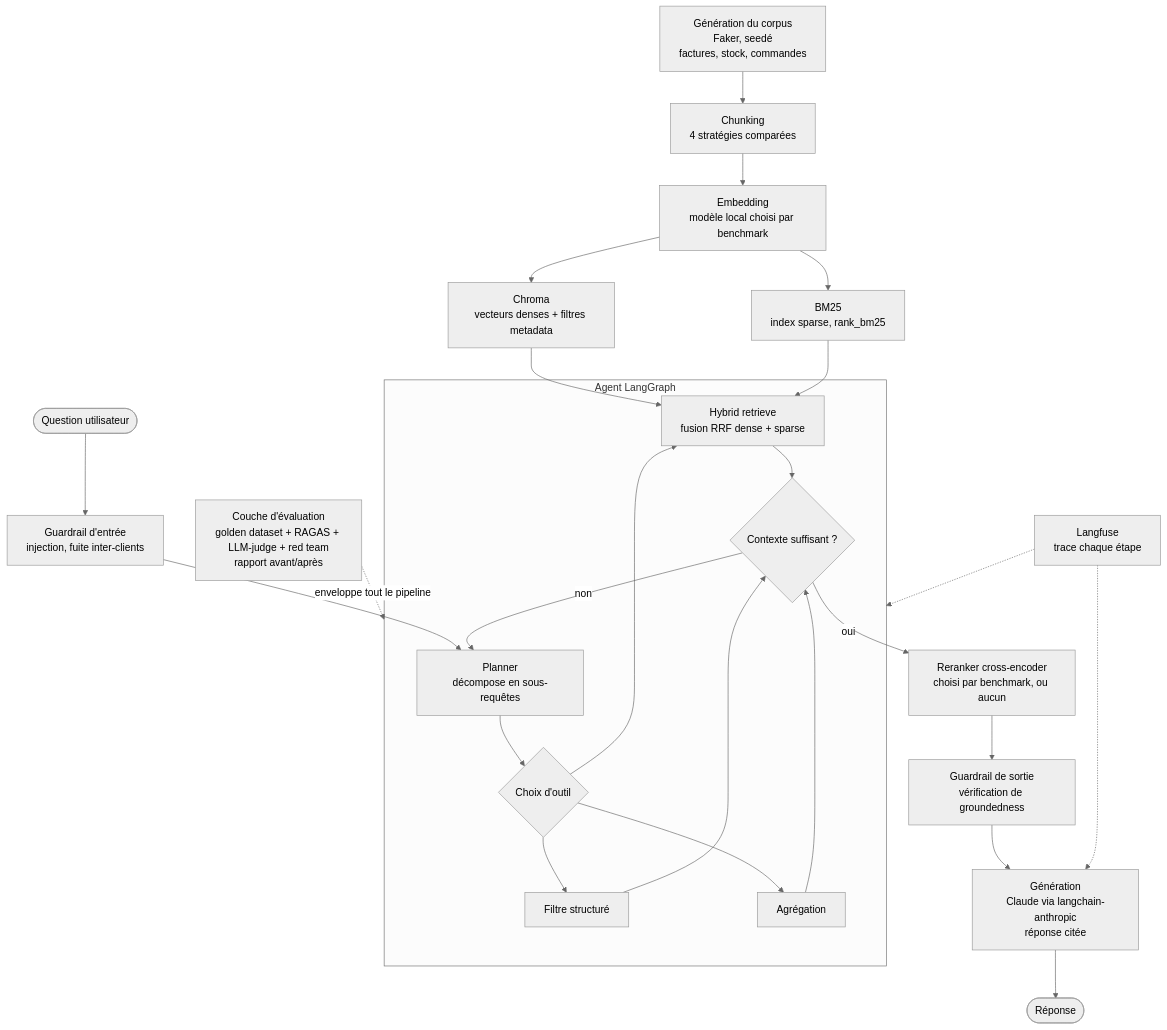
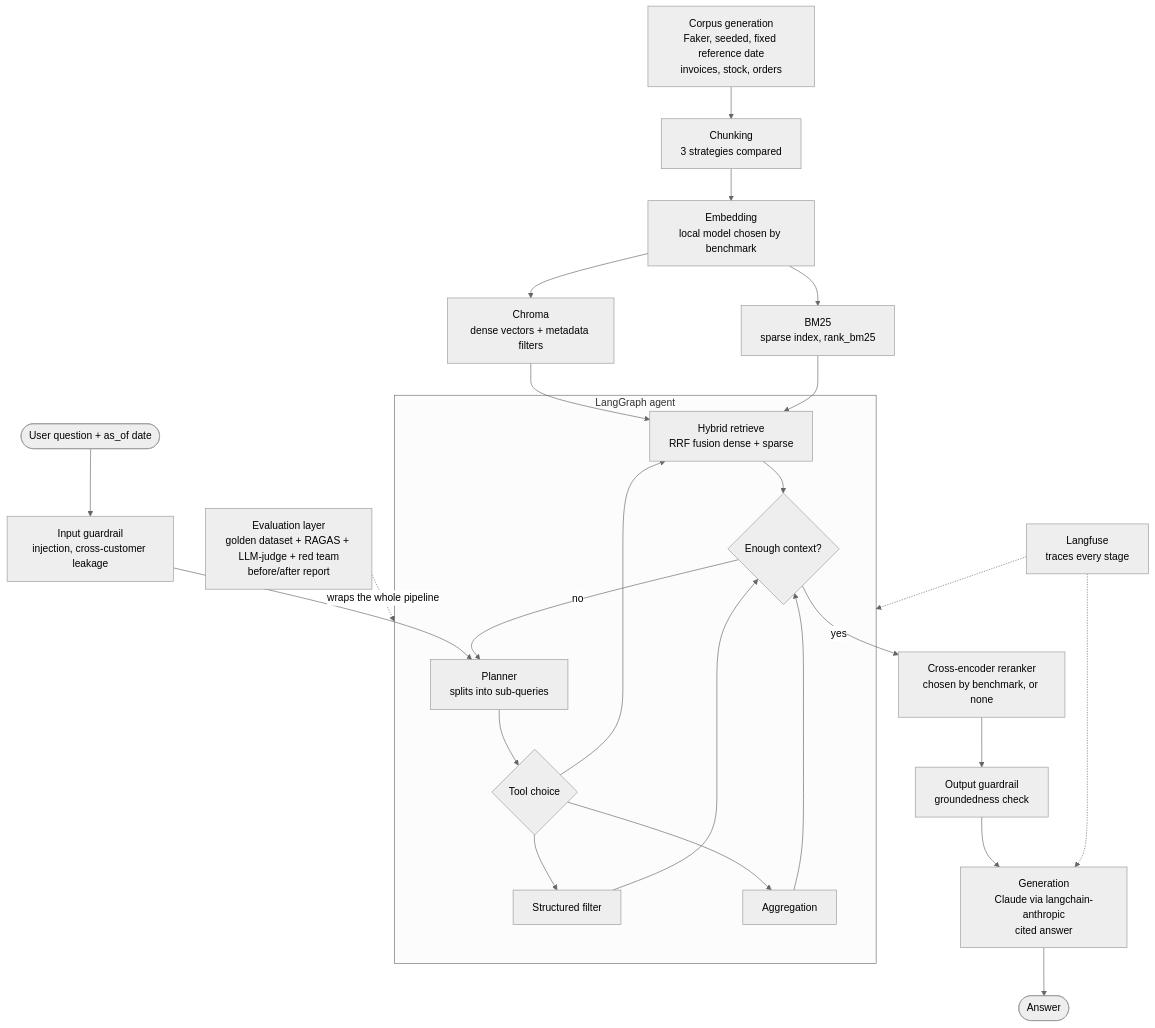
Before and after one commit to molkajazi1/assistant_rag_erp_stimule: the diagram in architecture-overview.md, drawn with Mermaid (neutral theme). The commit also changed other lines of this file and 2 other files, not shown here.

First line of the commit message:
Document time/data-freshness rules; translate architecture overview to English

````diff
--- a/architecture-overview.md
+++ b/architecture-overview.md
@@ -26,33 +26,33 @@
 ```mermaid
 flowchart TD
-    A["Génération du corpus<br/>Faker, seedé<br/>factures, stock, commandes"] --> B["Chunking<br/>4 stratégies comparées"]
-    B --> C["Embedding<br/>modèle local choisi par benchmark"]
-    C --> D1["Chroma<br/>vecteurs denses + filtres metadata"]
-    C --> D2["BM25<br/>index sparse, rank_bm25"]
+    A["Corpus generation<br/>Faker, seeded, fixed reference date<br/>invoices, stock, orders"] --> B["Chunking<br/>3 strategies compared"]
+    B --> C["Embedding<br/>local model chosen by benchmark"]
+    C --> D1["Chroma<br/>dense vectors + metadata filters"]
+    C --> D2["BM25<br/>sparse index, rank_bm25"]
 
-    Q(["Question utilisateur"]) --> G1["Guardrail d'entrée<br/>injection, fuite inter-clients"]
+    Q(["User question + as_of date"]) --> G1["Input guardrail<br/>injection, cross-customer leakage"]
     G1 --> P
 
-    subgraph AGENT["Agent LangGraph"]
-        P["Planner<br/>décompose en sous-requêtes"] --> T{"Choix d'outil"}
-        T --> T1["Hybrid retrieve<br/>fusion RRF dense + sparse"]
-        T --> T2["Filtre structuré"]
-        T --> T3["Agrégation"]
-        T1 --> S{"Contexte suffisant ?"}
+    subgraph AGENT["LangGraph agent"]
+        P["Planner<br/>splits into sub-queries"] --> T{"Tool choice"}
+        T --> T1["Hybrid retrieve<br/>RRF fusion dense + sparse"]
+        T --> T2["Structured filter"]
+        T --> T3["Aggregation"]
+        T1 --> S{"Enough context?"}
         T2 --> S
         T3 --> S
-        S -- non --> P
+        S -- no --> P
     end
 
     D1 --> T1
     D2 --> T1
-    S -- oui --> R["Reranker cross-encoder<br/>choisi par benchmark, ou aucun"]
-    R --> G2["Guardrail de sortie<br/>vérification de groundedness"]
-    G2 --> GEN["Génération<br/>Claude via langchain-anthropic<br/>réponse citée"]
-    GEN --> OUT(["Réponse"])
+    S -- yes --> R["Cross-encoder reranker<br/>chosen by benchmark, or none"]
+    R --> G2["Output guardrail<br/>groundedness check"]
+    G2 --> GEN["Generation<br/>Claude via langchain-anthropic<br/>cited answer"]
+    GEN --> OUT(["Answer"])
 
-    LF["Langfuse<br/>trace chaque étape"] -.-> AGENT
+    LF["Langfuse<br/>traces every stage"] -.-> AGENT
     LF -.-> GEN
 
-    EVAL["Couche d'évaluation<br/>golden dataset + RAGAS + LLM-judge + red team<br/>rapport avant/après"] -.-> |"enveloppe tout le pipeline"| AGENT
+    EVAL["Evaluation layer<br/>golden dataset + RAGAS + LLM-judge + red team<br/>before/after report"] -.-> |"wraps the whole pipeline"| AGENT
 ```
````
